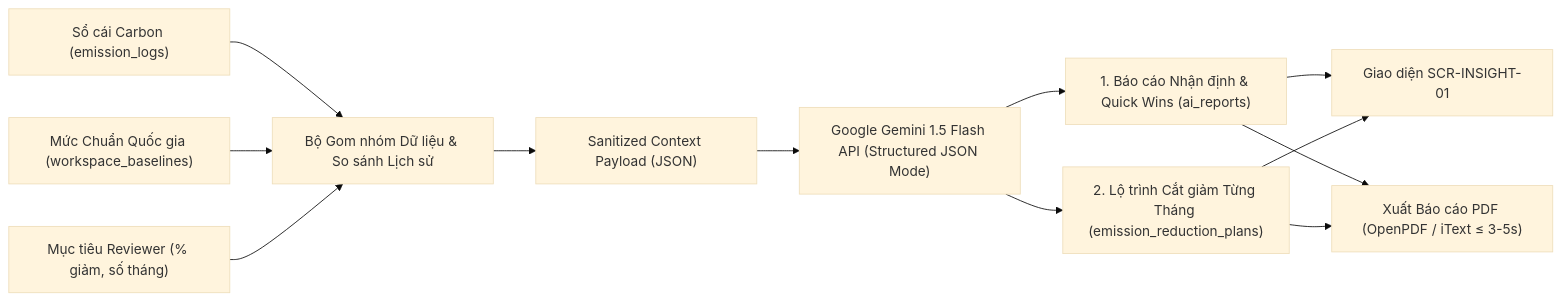
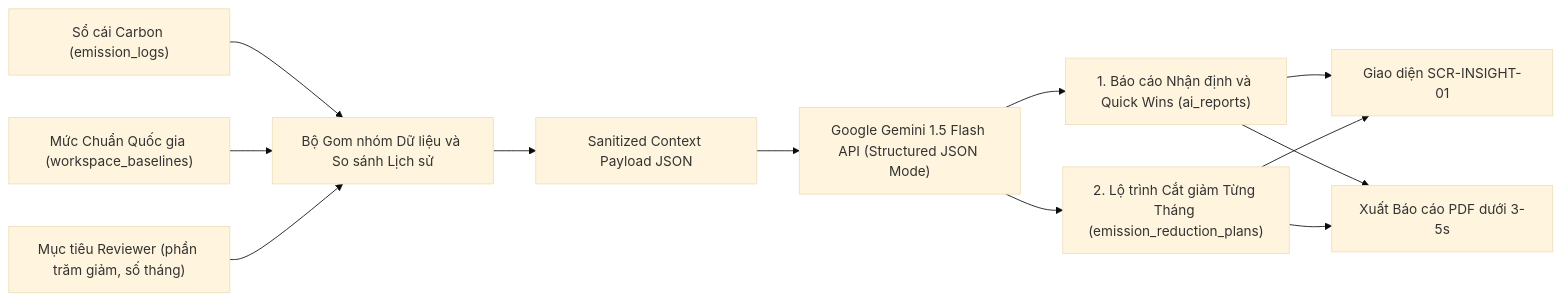
Before and after one commit to DatTienNguyenn/PMDC-BATCH4-DATNT250: the first of 5 diagrams in docs/08-ai-insight-specification.md, drawn with Mermaid (base theme). The commit also changed other lines of this file, not shown here.

Commit message:
feat(docs): add activity units translation and fix all mermaid render errors

````diff
--- a/docs/08-ai-insight-specification.md
+++ b/docs/08-ai-insight-specification.md
@@ -39,17 +39,17 @@
 ```mermaid
 flowchart LR
-    RawLogs["Sổ cái Carbon (emission_logs)"] --> Aggregator["Bộ Gom nhóm Dữ liệu & So sánh Lịch sử"]
+    RawLogs["Sổ cái Carbon (emission_logs)"] --> Aggregator["Bộ Gom nhóm Dữ liệu và So sánh Lịch sử"]
     Baselines["Mức Chuẩn Quốc gia (workspace_baselines)"] --> Aggregator
-    Targets["Mục tiêu Reviewer (% giảm, số tháng)"] --> Aggregator
+    Targets["Mục tiêu Reviewer (phần trăm giảm, số tháng)"] --> Aggregator
     
-    Aggregator --> ContextPayload["Sanitized Context Payload (JSON)"]
+    Aggregator --> ContextPayload["Sanitized Context Payload JSON"]
     ContextPayload --> Gemini["Google Gemini 1.5 Flash API (Structured JSON Mode)"]
     
-    Gemini --> ReportOutput["1. Báo cáo Nhận định & Quick Wins (ai_reports)"]
+    Gemini --> ReportOutput["1. Báo cáo Nhận định và Quick Wins (ai_reports)"]
     Gemini --> RoadmapOutput["2. Lộ trình Cắt giảm Từng Tháng (emission_reduction_plans)"]
     
     ReportOutput --> UI["Giao diện SCR-INSIGHT-01"]
     RoadmapOutput --> UI
-    ReportOutput --> PDF["Xuất Báo cáo PDF (OpenPDF / iText ≤ 3-5s)"]
+    ReportOutput --> PDF["Xuất Báo cáo PDF dưới 3-5s"]
     RoadmapOutput --> PDF
 ```
````
